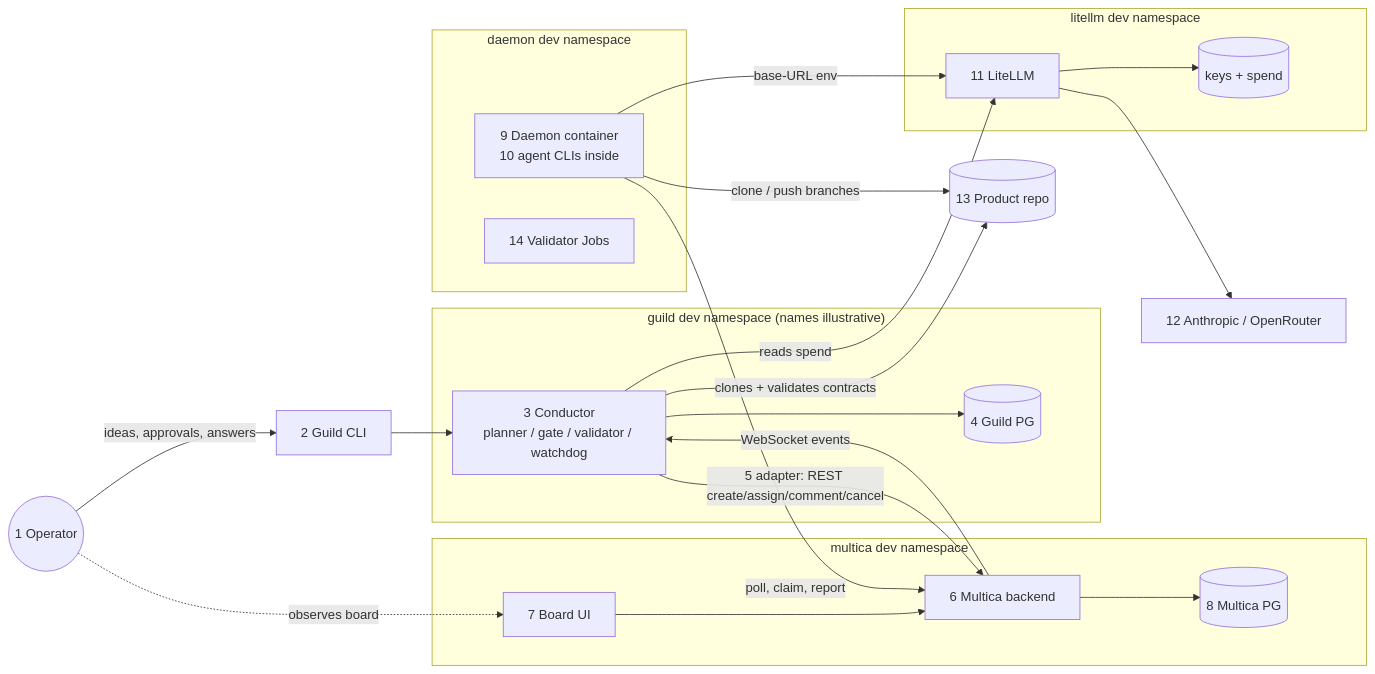
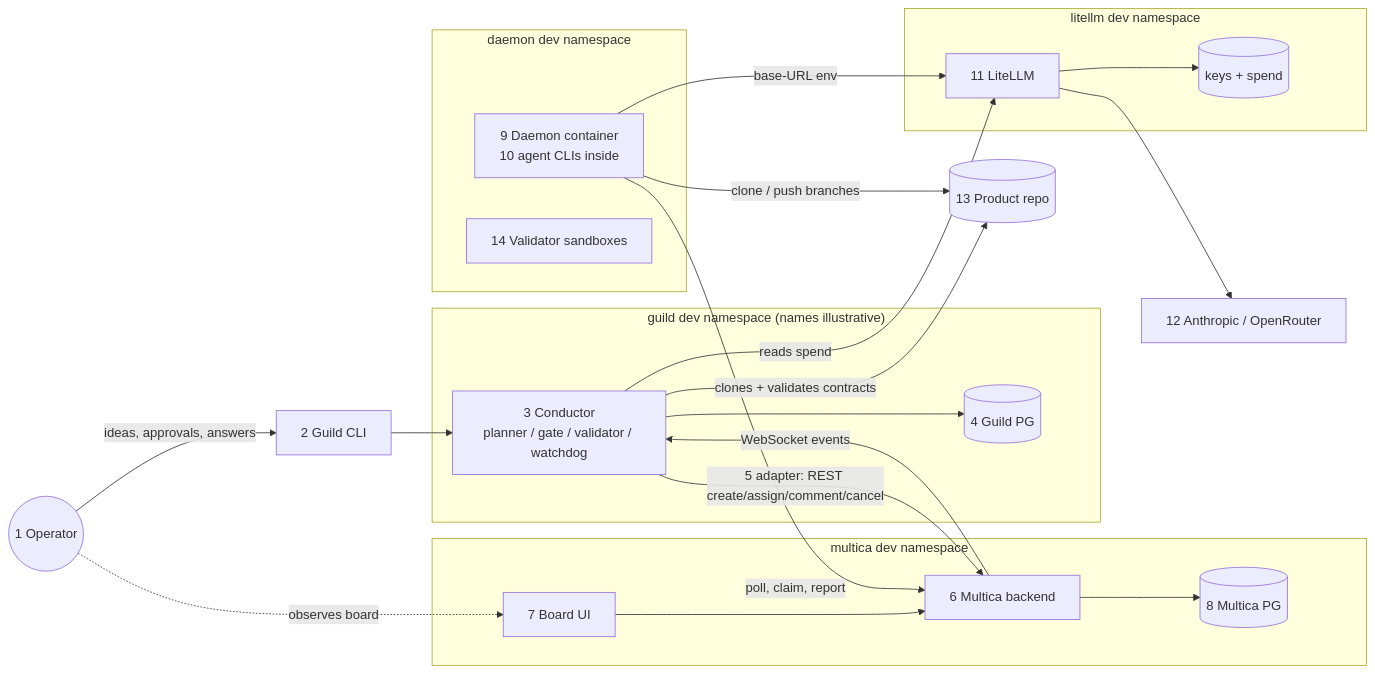
Before and after one commit to maacarbo/guild: the first of 8 diagrams in docs/OVERVIEW.md, drawn with Mermaid. The commit also changed other lines of this file and 9 other files, not shown here.

````diff
--- a/docs/OVERVIEW.md
+++ b/docs/OVERVIEW.md
@@ -26,37 +26,37 @@
 ```mermaid
 flowchart LR
     OP((1 Operator))
     CLI[2 Guild CLI]
     subgraph GD["guild dev namespace (names illustrative)"]
         COND[3 Conductor<br/>planner / gate / validator / watchdog]
         GPG[(4 Guild PG)]
     end
     subgraph MD["multica dev namespace"]
         BE[6 Multica backend]
         FE[7 Board UI]
         MPG[(8 Multica PG)]
     end
     subgraph DD["daemon dev namespace"]
         DM[9 Daemon container<br/>10 agent CLIs inside]
-        VJ[14 Validator Jobs]
+        VJ[14 Validator sandboxes]
     end
     subgraph LD["litellm dev namespace"]
         LLM[11 LiteLLM]
         LDB[(keys + spend)]
     end
     PROV[12 Anthropic / OpenRouter]
     REPO[(13 Product repo)]
 
     OP -->|ideas, approvals, answers| CLI --> COND
     OP -.->|observes board| FE --> BE
     COND --> GPG
     COND -->|5 adapter: REST create/assign/comment/cancel| BE
     BE -->|WebSocket events| COND
     BE --> MPG
     DM -->|poll, claim, report| BE
     DM -->|clone / push branches| REPO
     DM -->|base-URL env| LLM --> PROV
     LLM --> LDB
     COND -->|reads spend| LLM
     COND -->|clones + validates contracts| REPO
 ```
````
